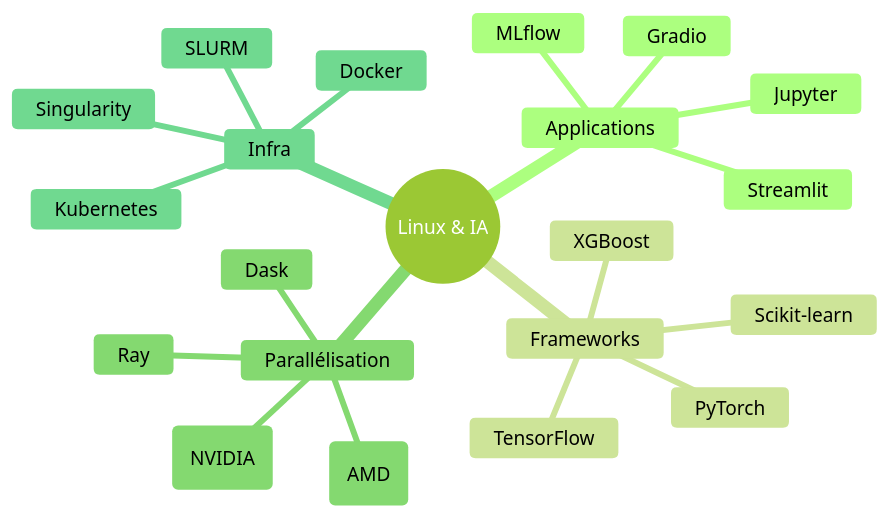
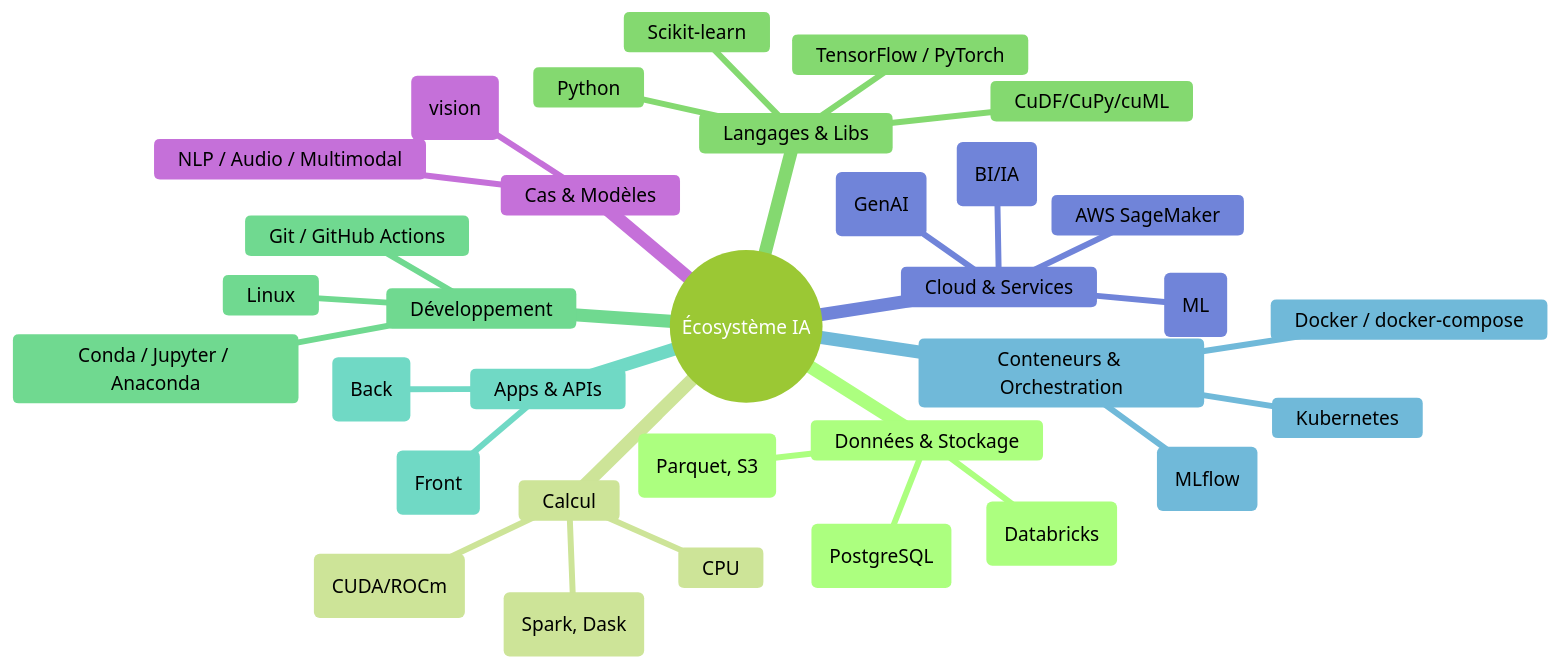
Before and after one commit to haythem-rehouma/G1299: the first of 3 diagrams in 01-mise-en-place-ecosysteme-IA/Module 0 — Introduction à l’écosystème/d.md, drawn with Mermaid (forest theme). The commit also changed other lines of this file, not shown here.

````diff
--- a/01-mise-en-place-ecosysteme-IA/Module 0 — Introduction à l’écosystème/d.md
+++ b/01-mise-en-place-ecosysteme-IA/Module 0 — Introduction à l’écosystème/d.md
@@ -36,24 +7,36 @@
 ```mermaid
 mindmap
-root((Linux & IA))
-  Applications
-    Jupyter
-    MLflow
-    Streamlit
-    Gradio
-  Frameworks
-    PyTorch
-    TensorFlow
+root((Écosystème IA))
+  Données & Stockage
+    Fichiers/Objets (Parquet, S3)
+    Bases (PostgreSQL)
+    Lakehouse (Databricks)
+  Calcul
+    CPU
+    GPU (CUDA/ROCm)
+    Clusters (Spark, Dask)
+  Langages & Libs
+    Python
     Scikit-learn
-    XGBoost
-  Parallélisation
-    CUDA (NVIDIA)
-    ROCm (AMD)
-    Dask
-    Ray
-  Infra
-    Docker
+    TensorFlow / PyTorch
+    CuDF/CuPy/cuML
+  Développement
+    Linux
+    Git / GitHub Actions
+    Conda / Jupyter / Anaconda
+  Apps & APIs
+    Streamlit (Front)
+    FastAPI / Flask / Django (Back)
+  Conteneurs & Orchestration
+    Docker / docker-compose
     Kubernetes
-    SLURM
-    Singularity
+    MLOps (MLflow)
+  Cloud & Services
+    AWS SageMaker
+    Databricks (ML)
+    Snowflake (BI/IA)
+    AWS Bedrock (GenAI)
+  Cas & Modèles
+    YOLO (vision)
+    NLP / Audio / Multimodal
 ```
````
